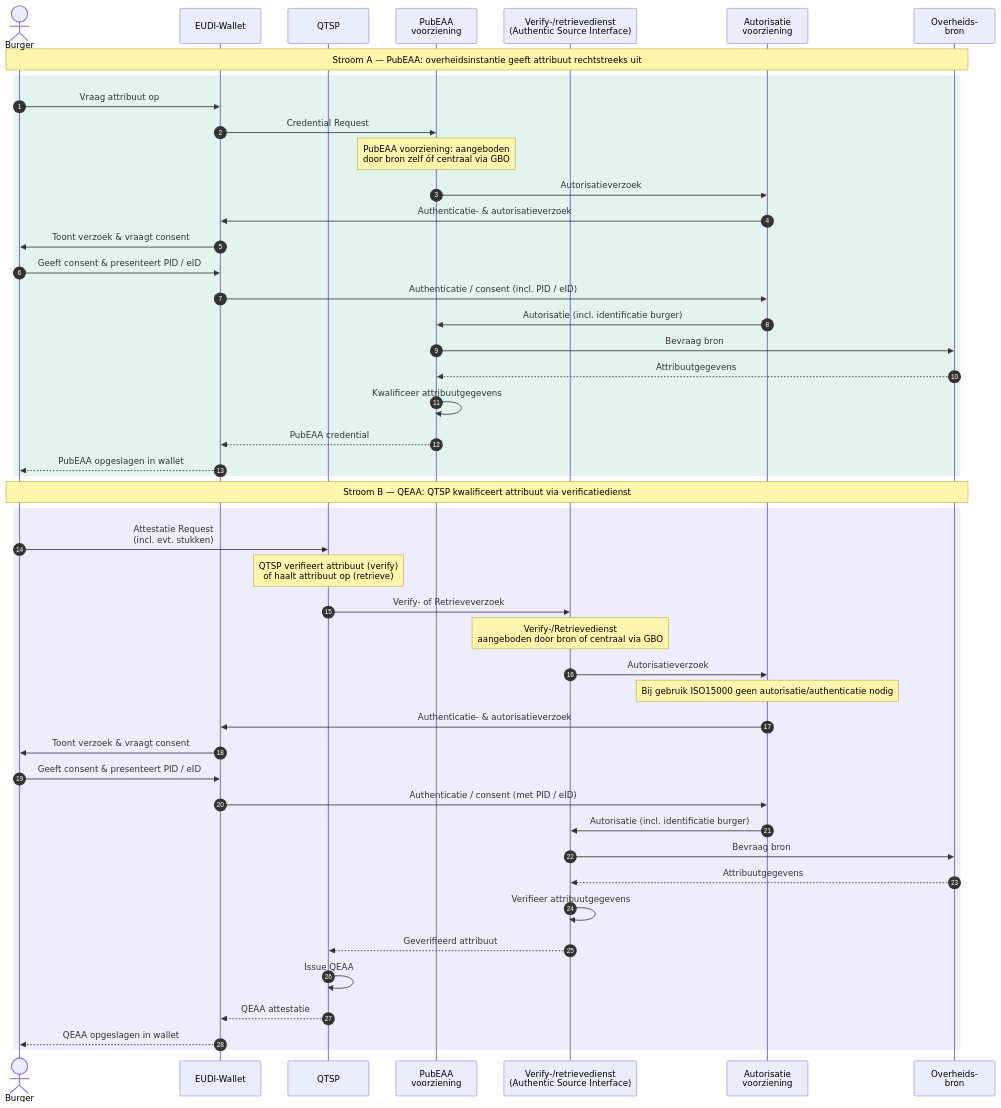
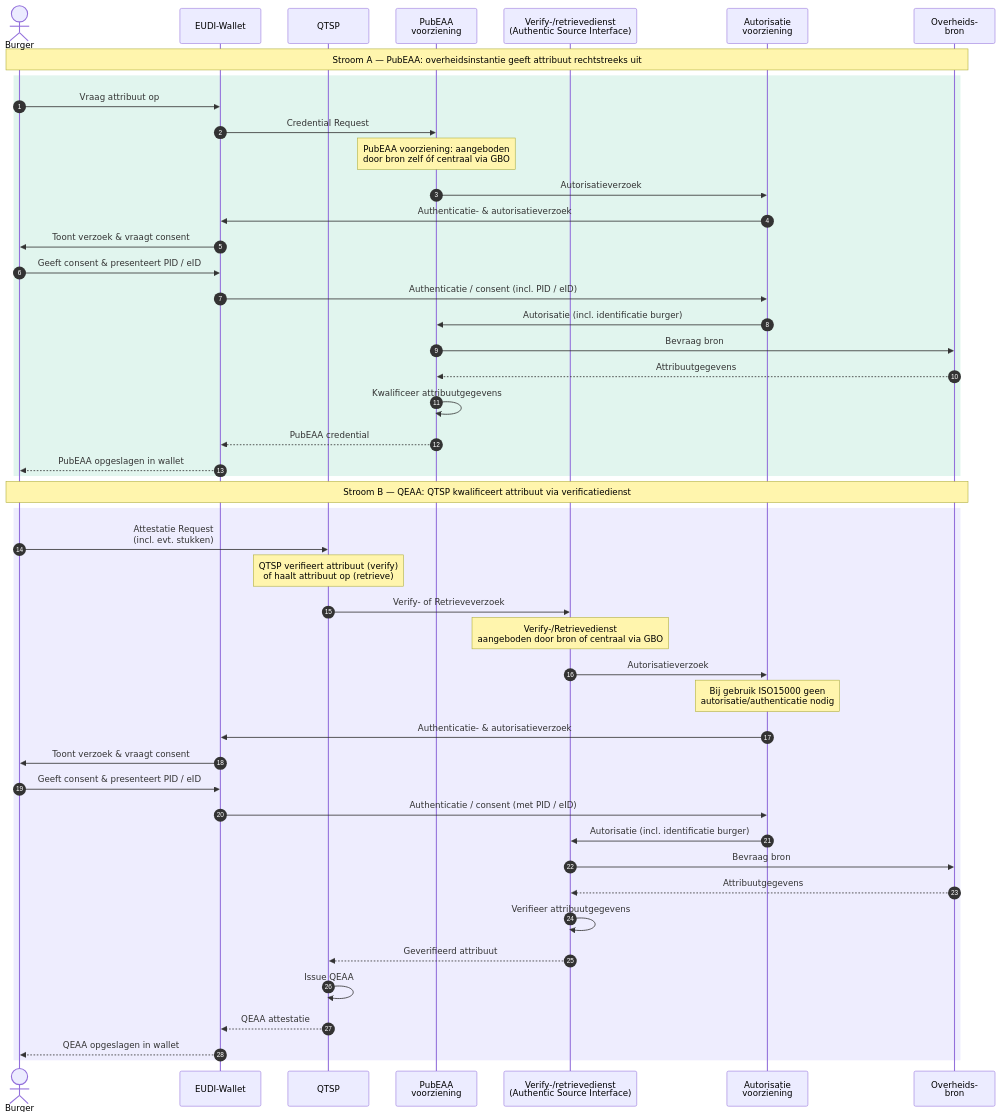
Before and after one commit to ICTU/GBO-GO: the diagram in main/diagrammen/interactiepatroon-EUDI-Wallet.mmd, drawn with Mermaid. The commit also changed 3 other files, not shown here.

```diff
--- a/main/diagrammen/interactiepatroon-EUDI-Wallet.mmd
+++ b/main/diagrammen/interactiepatroon-EUDI-Wallet.mmd
@@ -1,51 +1,51 @@
 sequenceDiagram
     autonumber
     actor Burger
     participant Wallet as EUDI-Wallet
     participant QTSP as QTSP
     participant PubEAA as PubEAA<br/>voorziening
     participant VerifDienst as Verify-/retrievedienst<br/>(Authentic Source Interface)
     participant Auth as Autorisatie<br/>voorziening
     participant Bron as Overheids-<br/>bron
 
     Note over Burger,Bron: Stroom A — PubEAA: overheidsinstantie geeft attribuut rechtstreeks uit
 
     rect rgb(225, 245, 238)
         Burger->>Wallet: Vraag attribuut op
         Wallet->>PubEAA: Credential Request
         Note over PubEAA: PubEAA voorziening: aangeboden<br/>door bron zelf óf centraal via GBO
         PubEAA->>Auth: Autorisatieverzoek
         Auth->>Wallet: Authenticatie- & autorisatieverzoek
         Wallet->>Burger: Toont verzoek & vraagt consent
         Burger->>Wallet: Geeft consent & presenteert PID / eID
         Wallet->>Auth: Authenticatie / consent (incl. PID / eID)
         Auth->>PubEAA: Autorisatie (incl. identificatie burger)
         PubEAA->>Bron: Bevraag bron
         Bron-->>PubEAA: Attribuutgegevens
         PubEAA->>PubEAA: Kwalificeer attribuutgegevens
         PubEAA-->>Wallet: PubEAA credential
         Wallet-->>Burger: PubEAA opgeslagen in wallet
     end
 
     Note over Burger,Bron: Stroom B — QEAA: QTSP kwalificeert attribuut via verificatiedienst
 
     rect rgb(238, 237, 254)
         Burger->>QTSP: Attestatie Request<br />(incl. evt. stukken)
         Note over QTSP: QTSP verifieert attribuut (verify)<br/>of haalt attribuut op (retrieve)
         QTSP->>VerifDienst: Verify- of Retrieveverzoek
         Note over VerifDienst: Verify-/Retrievedienst<br/>aangeboden door bron of centraal via GBO
         VerifDienst->>Auth: Autorisatieverzoek
-        Note over Auth: Bij gebruik ISO15000 geen autorisatie/authenticatie nodig
+        Note over Auth: Bij gebruik ISO15000 geen<br/>autorisatie/authenticatie nodig
         Auth->>Wallet: Authenticatie- & autorisatieverzoek
         Wallet->>Burger: Toont verzoek & vraagt consent
         Burger->>Wallet: Geeft consent & presenteert PID / eID
         Wallet->>Auth: Authenticatie / consent (met PID / eID)
         Auth->>VerifDienst: Autorisatie (incl. identificatie burger)
         VerifDienst->>Bron: Bevraag bron
         Bron-->>VerifDienst: Attribuutgegevens
         VerifDienst->>VerifDienst: Verifieer attribuutgegevens
         VerifDienst-->>QTSP: Geverifieerd attribuut
         QTSP->>QTSP: Issue QEAA
         QTSP-->>Wallet: QEAA attestatie
         Wallet-->>Burger: QEAA opgeslagen in wallet
     end
```
